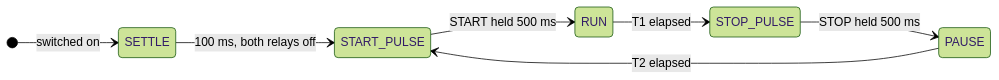
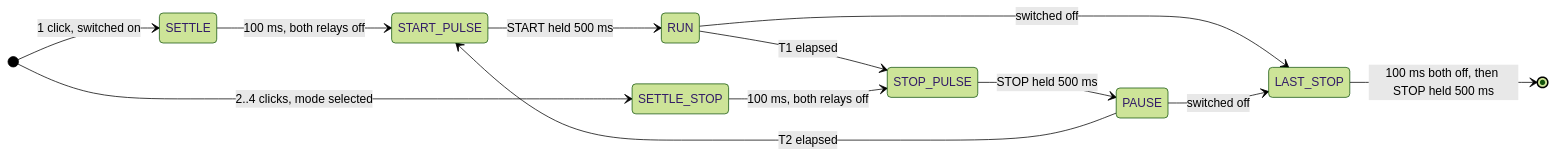
The diagram in README.md (kornilovvp/cnc-chip-conveyor-timer), drawn with Mermaid (forest theme) before and after one commit. The commit also changed other lines of this file and 9 other files, not shown here.

````diff
--- a/README.md
+++ b/README.md
@@ -29,10 +29,15 @@
 ```mermaid
 stateDiagram-v2
     direction LR
-    [*] --> SETTLE : switched on
+    [*] --> SETTLE : 1 click, switched on
     SETTLE --> START_PULSE : 100 ms, both relays off
     START_PULSE --> RUN : START held 500 ms
     RUN --> STOP_PULSE : T1 elapsed
     STOP_PULSE --> PAUSE : STOP held 500 ms
     PAUSE --> START_PULSE : T2 elapsed
+    [*] --> SETTLE_STOP : 2..4 clicks, mode selected
+    SETTLE_STOP --> STOP_PULSE : 100 ms, both relays off
+    RUN --> LAST_STOP : switched off
+    PAUSE --> LAST_STOP : switched off
+    LAST_STOP --> [*] : 100 ms both off, then STOP held 500 ms
 ```
````
